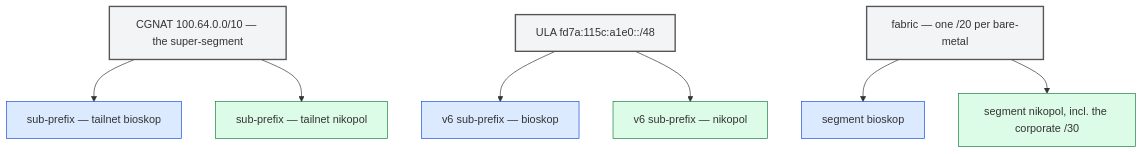
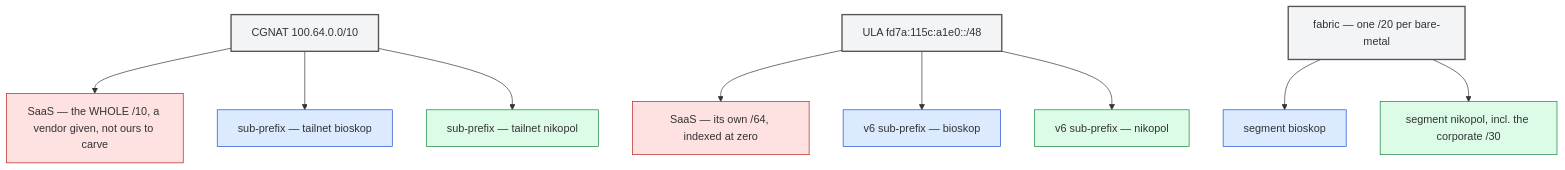
One commit to seedmatic/ndh changed the tenth of 12 diagrams in docs/fabric-control-plane-spec.adoc. Above: the diagram before and after it, drawn with Mermaid. The commit also changed other lines of this file, not shown here.

```diff
--- a/docs/fabric-control-plane-spec.adoc
+++ b/docs/fabric-control-plane-spec.adoc
@@ -848,17 +850,20 @@
 [mermaid]
 ....
 flowchart TB
-  cg["CGNAT 100.64.0.0/10 — the super-segment"]:::super
+  cg["CGNAT 100.64.0.0/10"]:::super
+  cg --> ps["SaaS — the WHOLE /10, a vendor given, not ours to carve"]:::vendor
   cg --> pb["sub-prefix — tailnet bioskop"]:::tb
   cg --> pn["sub-prefix — tailnet nikopol"]:::tn
   ula["ULA fd7a:115c:a1e0::/48"]:::super
+  ula --> us["SaaS — its own /64, indexed at zero"]:::vendor
   ula --> ub["v6 sub-prefix — bioskop"]:::tb
   ula --> un["v6 sub-prefix — nikopol"]:::tn
   fab["fabric — one /20 per bare-metal"]:::super
   fab --> fb["segment bioskop"]:::tb
   fab --> fn["segment nikopol, incl. the corporate /30"]:::tn
 
   classDef super fill:#f3f4f6,stroke:#555,stroke-width:2px;
+  classDef vendor fill:#fee2e2,stroke:#b91c1c;
   classDef tb fill:#dbeafe,stroke:#1d4ed8;
   classDef tn fill:#dcfce7,stroke:#15803d;
 ....
```
